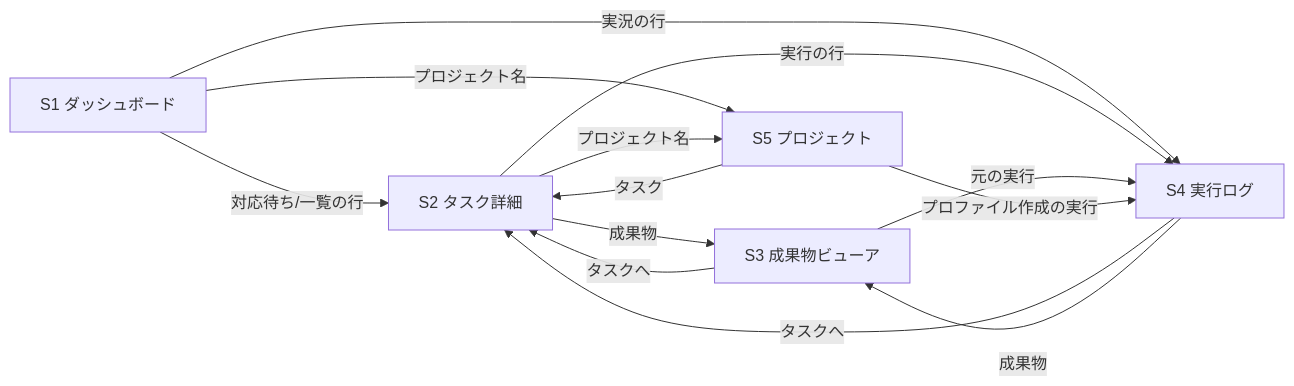
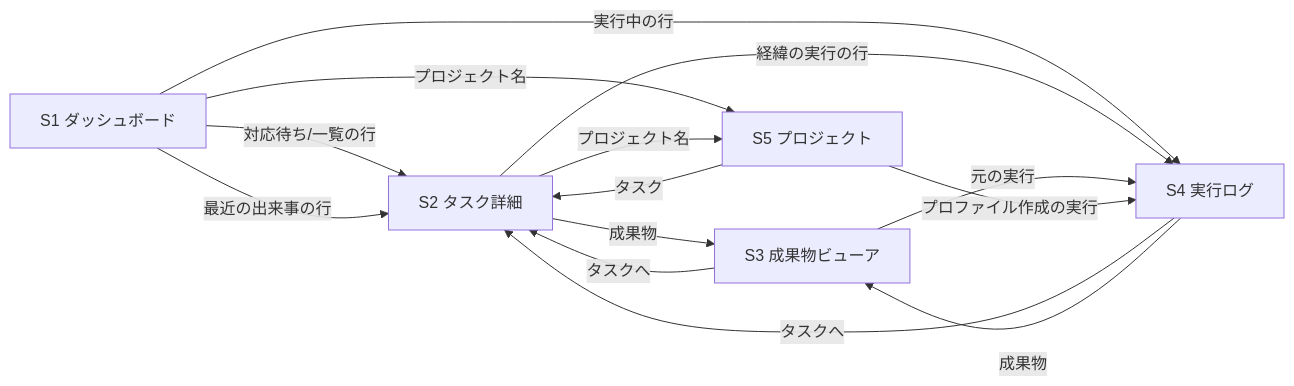
Before and after one commit to kzfrkw/agent-crew: the first of 2 diagrams in docs/structure.md, drawn with Mermaid. The commit also changed other lines of this file and 17 other files, not shown here.

````diff
--- a/docs/structure.md
+++ b/docs/structure.md
@@ -19,15 +19,16 @@
 ```mermaid
 flowchart LR
   S1[S1 ダッシュボード] -->|対応待ち/一覧の行| S2[S2 タスク詳細]
-  S1 -->|実況の行| S4[S4 実行ログ]
+  S1 -->|実行中の行| S4[S4 実行ログ]
+  S1 -->|最近の出来事の行| S2
   S1 -->|プロジェクト名| S5[S5 プロジェクト]
   S2 -->|成果物| S3[S3 成果物ビューア]
-  S2 -->|実行の行| S4
+  S2 -->|経緯の実行の行| S4
   S2 -->|プロジェクト名| S5
   S3 -->|元の実行| S4
   S3 -->|タスクへ| S2
   S4 -->|タスクへ| S2
   S4 -->|成果物| S3
   S5 -->|タスク| S2
   S5 -->|プロファイル作成の実行| S4
 ```
````
